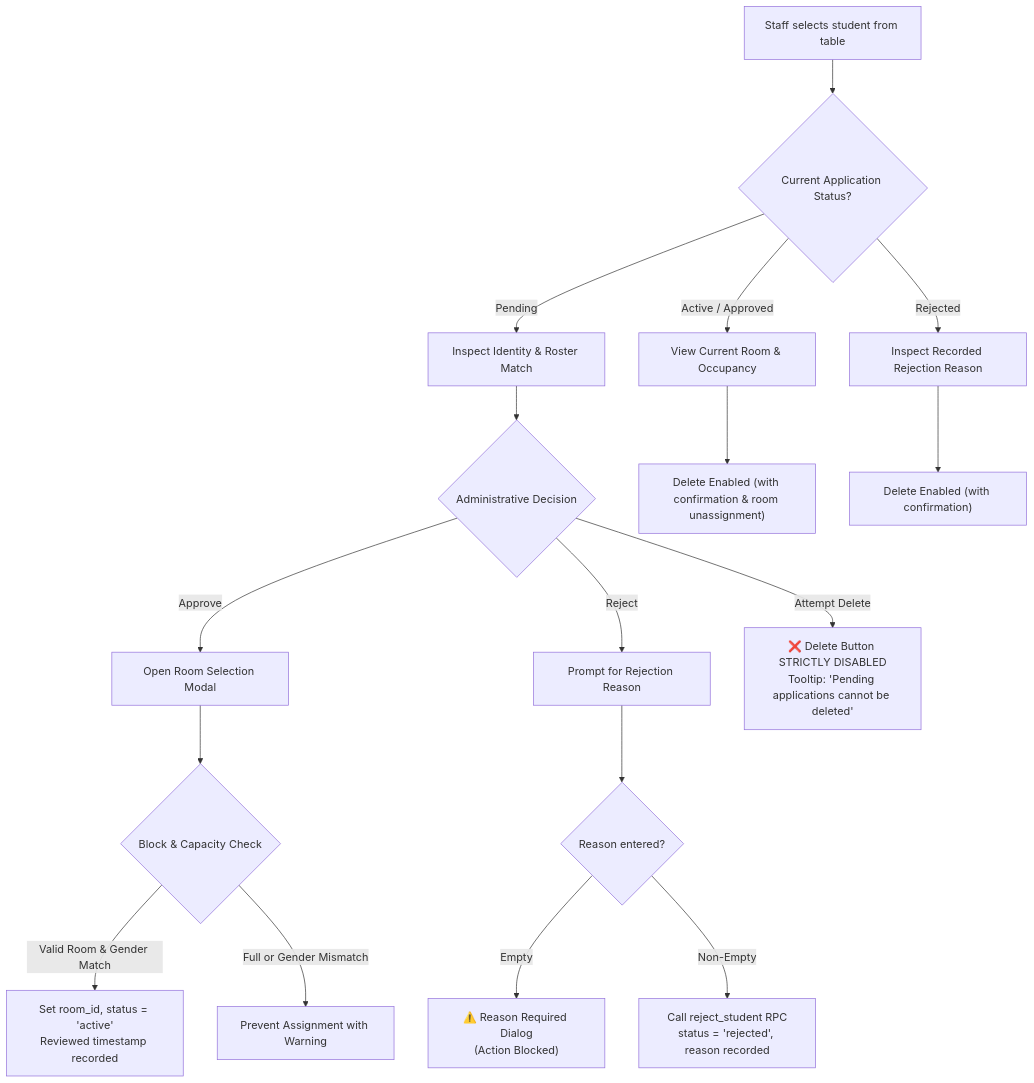
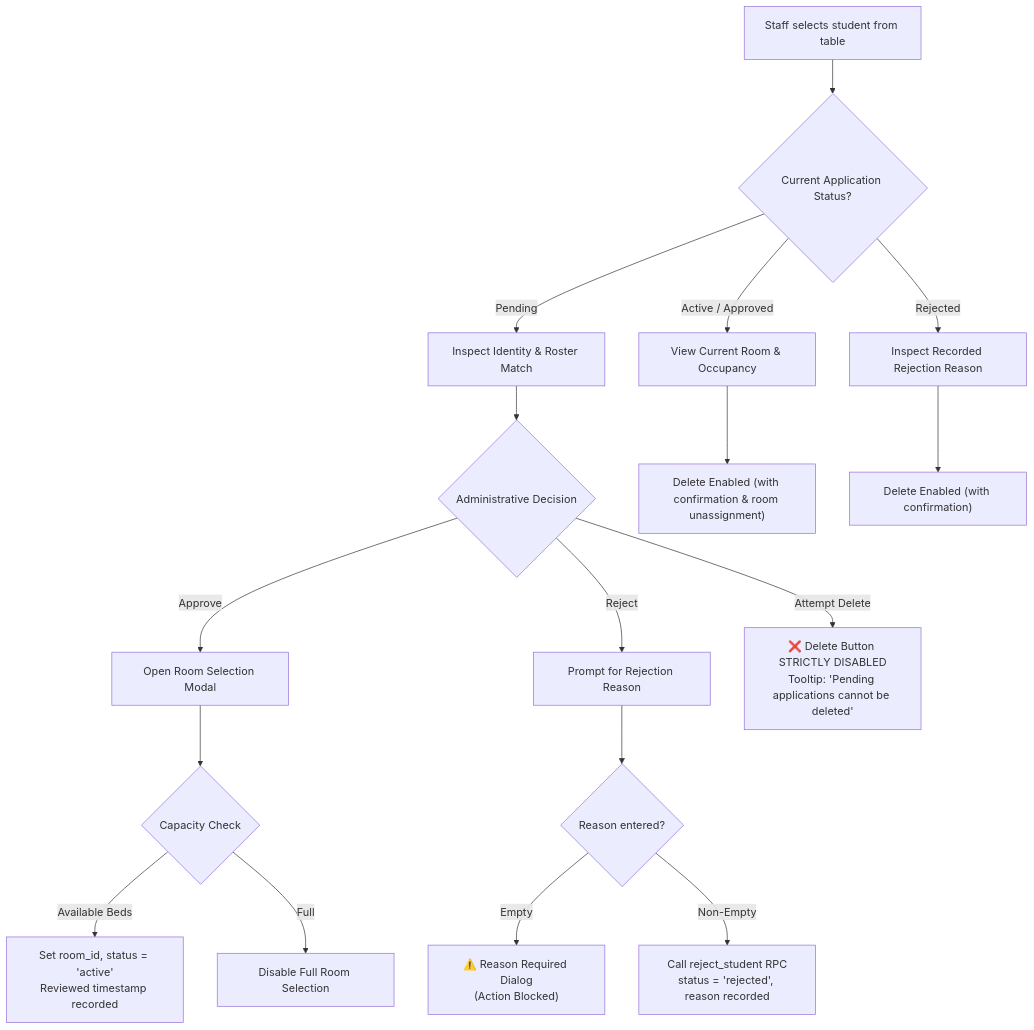
One commit to anesdevv/residence-management-system changed the third of 7 diagrams in docs/APP_FLOW.md. Above: the diagram before and after it, drawn with Mermaid. The commit also changed other lines of this file and 5 other files, not shown here.

````diff
--- a/docs/APP_FLOW.md
+++ b/docs/APP_FLOW.md
@@ -73,25 +73,25 @@
 ```mermaid
 flowchart TD
     Start["Staff selects student from table"] --> CheckStatus{"Current Application Status?"}
     
     CheckStatus -->|Pending| ReviewPending["Inspect Identity & Roster Match"]
     CheckStatus -->|Active / Approved| ReviewActive["View Current Room & Occupancy"]
     CheckStatus -->|Rejected| ReviewRejected["Inspect Recorded Rejection Reason"]
 
     ReviewPending --> ActionDecision{"Administrative Decision"}
     
     ActionDecision -->|Approve| OpenRoomModal["Open Room Selection Modal"]
-    OpenRoomModal --> CheckCapacity{"Block & Capacity Check"}
-    CheckCapacity -->|Valid Room & Gender Match| AssignRoom["Set room_id, status = 'active'<br/>Reviewed timestamp recorded"]
-    CheckCapacity -->|Full or Gender Mismatch| RejectRoom["Prevent Assignment with Warning"]
+    OpenRoomModal --> CheckCapacity{"Capacity Check"}
+    CheckCapacity -->|Available Beds| AssignRoom["Set room_id, status = 'active'<br/>Reviewed timestamp recorded"]
+    CheckCapacity -->|Full| RejectRoom["Disable Full Room Selection"]
 
     ActionDecision -->|Reject| PromptReason["Prompt for Rejection Reason"]
     PromptReason --> ValidateReason{"Reason entered?"}
     ValidateReason -->|Empty| BlockRejection["⚠️ Reason Required Dialog<br/>(Action Blocked)"]
     ValidateReason -->|Non-Empty| SaveRejection["Call reject_student RPC<br/>status = 'rejected', reason recorded"]
 
     ActionDecision -->|Attempt Delete| BlockDelete["❌ Delete Button STRICTLY DISABLED<br/>Tooltip: 'Pending applications cannot be deleted'"]
 
     ReviewActive --> CanDeleteActive["Delete Enabled (with confirmation & room unassignment)"]
     ReviewRejected --> CanDeleteRejected["Delete Enabled (with confirmation)"]
 ```
````
